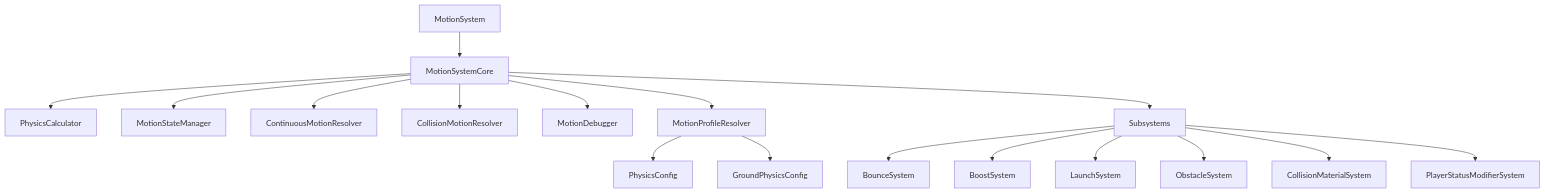
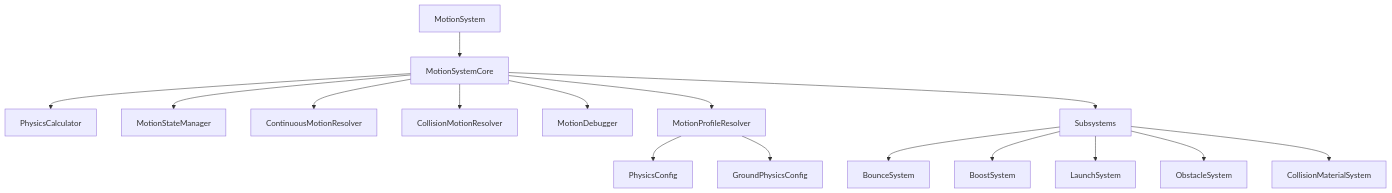
One commit to talofo/namoradinha changed the diagram in scripts/motion/README.md. Above: the diagram before and after it, drawn with Mermaid. The commit also changed other lines of this file and 22 other files, not shown here.

````diff
--- a/scripts/motion/README.md
+++ b/scripts/motion/README.md
@@ -9,22 +9,21 @@
 ```mermaid
 graph TD
     MotionSystem[MotionSystem] --> MotionSystemCore
     MotionSystemCore --> PhysicsCalculator
     MotionSystemCore --> MotionStateManager
     MotionSystemCore --> ContinuousMotionResolver
     MotionSystemCore --> CollisionMotionResolver
     MotionSystemCore --> MotionDebugger
     MotionSystemCore --> MotionProfileResolver
     
     MotionSystemCore --> Subsystems
     
     Subsystems --> BounceSystem
     Subsystems --> BoostSystem
     Subsystems --> LaunchSystem
     Subsystems --> ObstacleSystem
     Subsystems --> CollisionMaterialSystem
-    Subsystems --> PlayerStatusModifierSystem
     
     MotionProfileResolver --> PhysicsConfig
     MotionProfileResolver --> GroundPhysicsConfig
 ```
````
